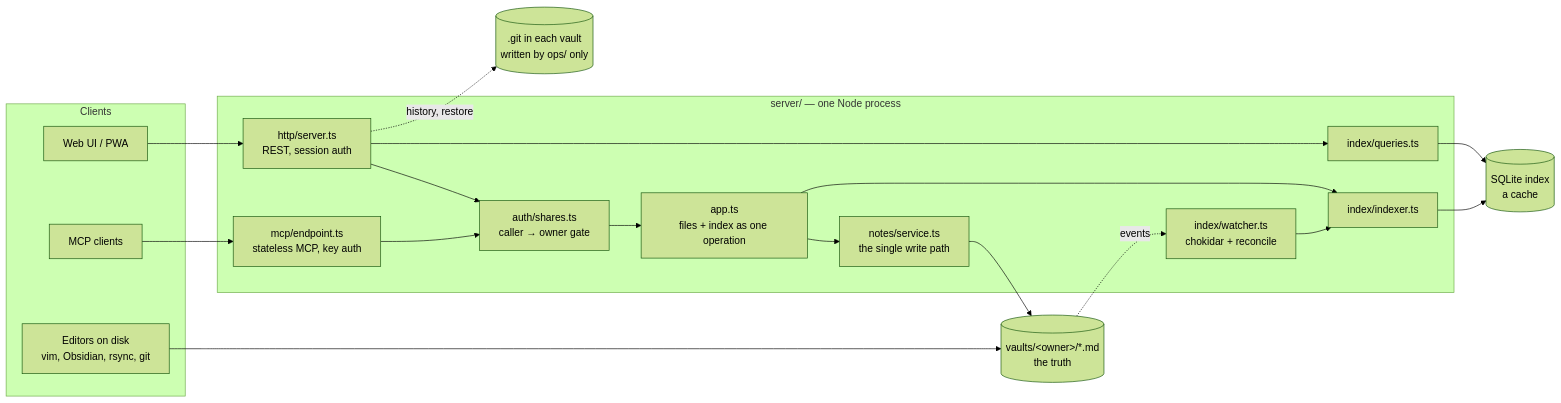
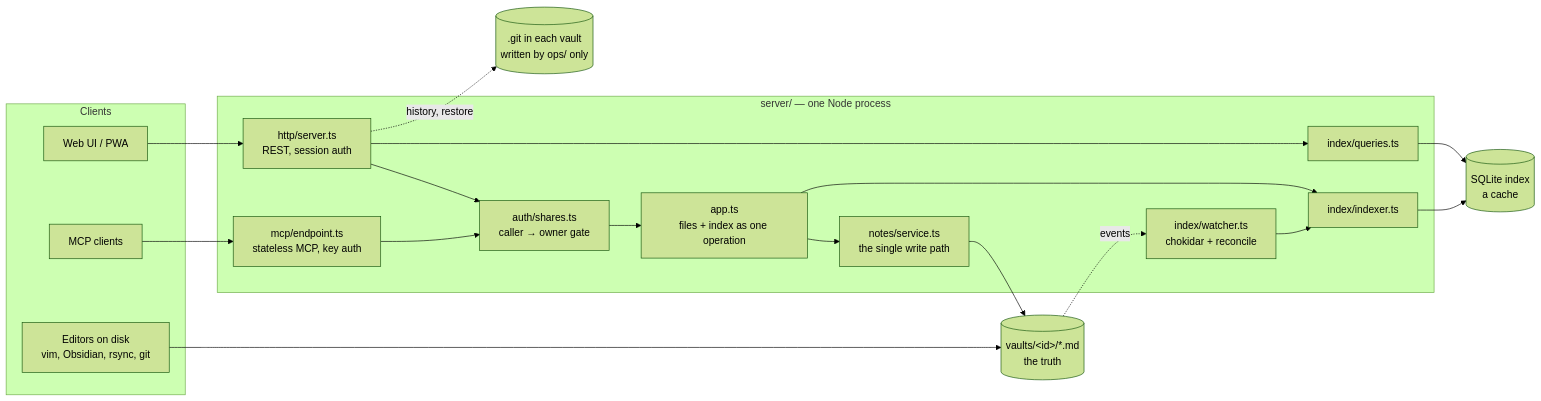
Before and after one commit to jubacCH/ndbrain: the diagram in README.md, drawn with Mermaid (forest theme). The commit also changed other lines of this file and 8 other files, not shown here.

````diff
--- a/README.md
+++ b/README.md
@@ -122,35 +124,35 @@
 ```mermaid
 flowchart LR
   subgraph clients[Clients]
     ui[Web UI / PWA]
     agent[MCP clients]
     ext[Editors on disk<br/>vim, Obsidian, rsync, git]
   end
 
   subgraph server[server/ — one Node process]
     http[http/server.ts<br/>REST, session auth]
     mcp[mcp/endpoint.ts<br/>stateless MCP, key auth]
     gate[auth/shares.ts<br/>caller → owner gate]
     app[app.ts<br/>files + index as one operation]
     notes[notes/service.ts<br/>the single write path]
     idx[index/indexer.ts]
     watch[index/watcher.ts<br/>chokidar + reconcile]
     q[index/queries.ts]
   end
 
-  vault[(vaults/&lt;owner&gt;/*.md<br/>the truth)]
+  vault[(vaults/&lt;id&gt;/*.md<br/>the truth)]
   db[(SQLite index<br/>a cache)]
   git[(.git in each vault<br/>written by ops/ only)]
 
   ui --> http
   agent --> mcp
   http --> gate
   mcp --> gate
   gate --> app
   app --> notes --> vault
   app --> idx --> db
   ext --> vault
   vault -. events .-> watch --> idx
   http --> q --> db
   http -. history, restore .-> git
 ```
````
